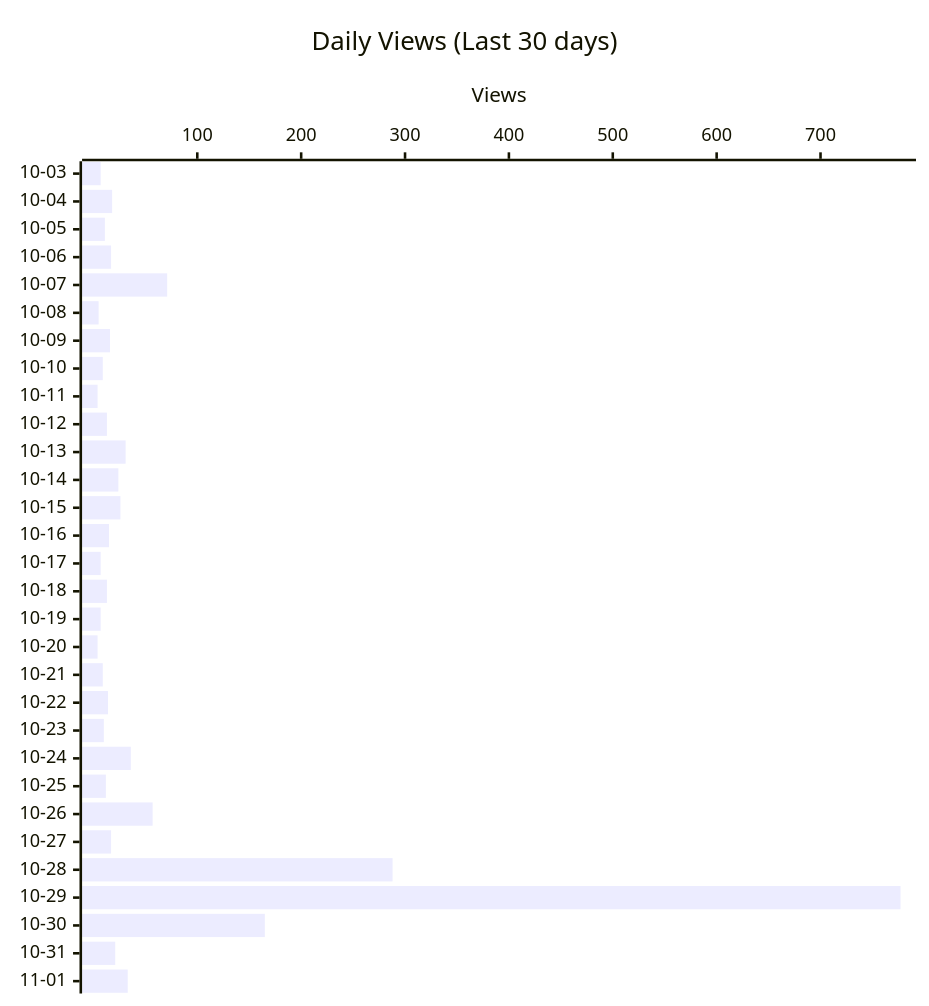
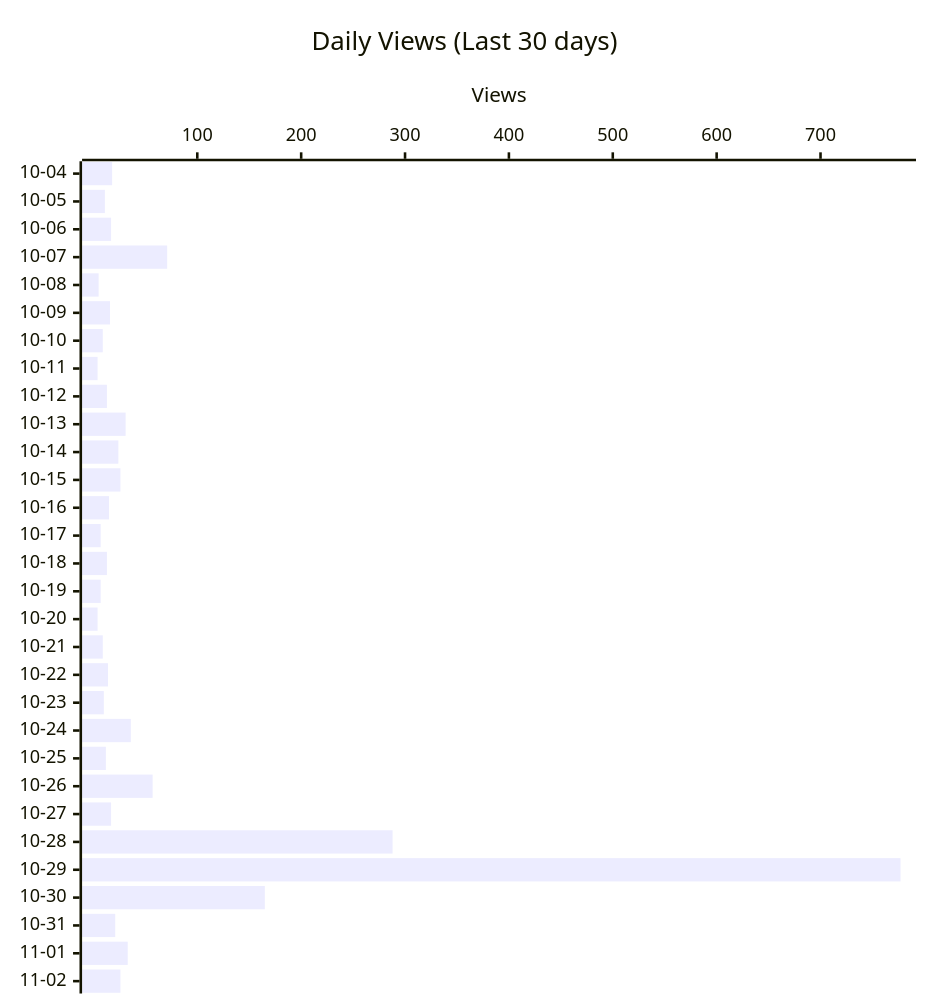
The second of 4 diagrams in README.md (shigechika/github-insights), drawn with Mermaid before and after one commit. The commit also changed other lines of this file and 1 other file, not shown here.

````diff
--- a/README.md
+++ b/README.md
@@ -28,12 +28,12 @@
 ```mermaid
 ---
 config:
   xyChart:
     height: 760
 ---
 xychart-beta horizontal
     title "Daily Views (Last 30 days)"
-    x-axis ["10-03", "10-04", "10-05", "10-06", "10-07", "10-08", "10-09", "10-10", "10-11", "10-12", "10-13", "10-14", "10-15", "10-16", "10-17", "10-18", "10-19", "10-20", "10-21", "10-22", "10-23", "10-24", "10-25", "10-26", "10-27", "10-28", "10-29", "10-30", "10-31", "11-01"]
+    x-axis ["10-04", "10-05", "10-06", "10-07", "10-08", "10-09", "10-10", "10-11", "10-12", "10-13", "10-14", "10-15", "10-16", "10-17", "10-18", "10-19", "10-20", "10-21", "10-22", "10-23", "10-24", "10-25", "10-26", "10-27", "10-28", "10-29", "10-30", "10-31", "11-01", "11-02"]
     y-axis "Views"
-    bar [7, 18, 11, 17, 71, 5, 16, 9, 4, 13, 31, 24, 26, 15, 7, 13, 7, 4, 9, 14, 10, 36, 12, 57, 17, 288, 777, 165, 21, 33]
+    bar [18, 11, 17, 71, 5, 16, 9, 4, 13, 31, 24, 26, 15, 7, 13, 7, 4, 9, 14, 10, 36, 12, 57, 17, 288, 777, 165, 21, 33, 26]
 ```
````
